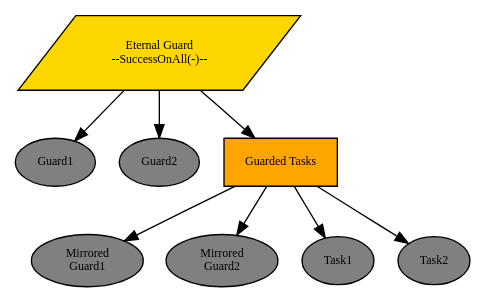
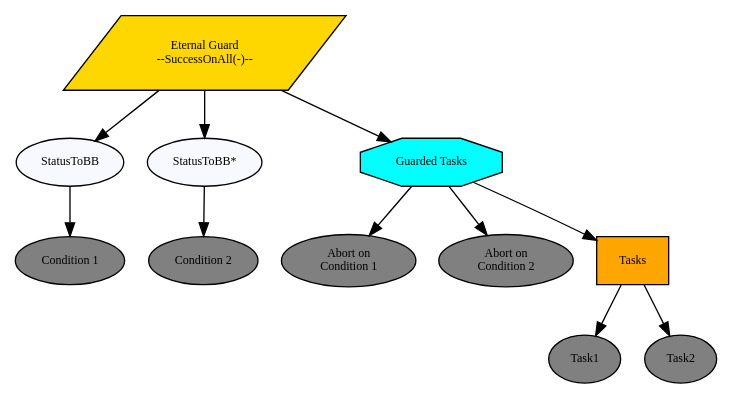
The diagram in doc/dot/idiom-eternal-guard.dot (splintered-reality/py_trees), drawn with Graphviz before and after one commit. The commit also changed 6 other files, not shown here.

Commit message:
[idioms] finalised the eternal guard idiom

```diff
--- a/doc/dot/idiom-eternal-guard.dot
+++ b/doc/dot/idiom-eternal-guard.dot
@@ -1,20 +1,26 @@
 digraph pastafarianism {
 graph [fontname="times-roman"];
 node [fontname="times-roman"];
 edge [fontname="times-roman"];
 "Eternal Guard" [fillcolor=gold, fontcolor=black, fontsize=9, label="Eternal Guard\n--SuccessOnAll(-)--", shape=parallelogram, style=filled];
-Guard1 [fillcolor=gray, fontcolor=black, fontsize=9, label=Guard1, shape=ellipse, style=filled];
-"Eternal Guard" -> Guard1;
-Guard2 [fillcolor=gray, fontcolor=black, fontsize=9, label=Guard2, shape=ellipse, style=filled];
-"Eternal Guard" -> Guard2;
-"Guarded Tasks" [fillcolor=orange, fontcolor=black, fontsize=9, label="Guarded Tasks", shape=box, style=filled];
+StatusToBB [fillcolor=ghostwhite, fontcolor=black, fontsize=9, label=StatusToBB, shape=ellipse, style=filled];
+"Eternal Guard" -> StatusToBB;
+"Condition 1" [fillcolor=gray, fontcolor=black, fontsize=9, label="Condition 1", shape=ellipse, style=filled];
+StatusToBB -> "Condition 1";
+"StatusToBB*" [fillcolor=ghostwhite, fontcolor=black, fontsize=9, label="StatusToBB*", shape=ellipse, style=filled];
+"Eternal Guard" -> "StatusToBB*";
+"Condition 2" [fillcolor=gray, fontcolor=black, fontsize=9, label="Condition 2", shape=ellipse, style=filled];
+"StatusToBB*" -> "Condition 2";
+"Guarded Tasks" [fillcolor=cyan, fontcolor=black, fontsize=9, label="Guarded Tasks", shape=octagon, style=filled];
 "Eternal Guard" -> "Guarded Tasks";
-"Mirrored\nGuard1" [fillcolor=gray, fontcolor=black, fontsize=9, label="Mirrored\nGuard1", shape=ellipse, style=filled];
-"Guarded Tasks" -> "Mirrored\nGuard1";
-"Mirrored\nGuard2" [fillcolor=gray, fontcolor=black, fontsize=9, label="Mirrored\nGuard2", shape=ellipse, style=filled];
-"Guarded Tasks" -> "Mirrored\nGuard2";
+"Abort on\nCondition 1" [fillcolor=gray, fontcolor=black, fontsize=9, label="Abort on\nCondition 1", shape=ellipse, style=filled];
+"Guarded Tasks" -> "Abort on\nCondition 1";
+"Abort on\nCondition 2" [fillcolor=gray, fontcolor=black, fontsize=9, label="Abort on\nCondition 2", shape=ellipse, style=filled];
+"Guarded Tasks" -> "Abort on\nCondition 2";
+Tasks [fillcolor=orange, fontcolor=black, fontsize=9, label=Tasks, shape=box, style=filled];
+"Guarded Tasks" -> Tasks;
 Task1 [fillcolor=gray, fontcolor=black, fontsize=9, label=Task1, shape=ellipse, style=filled];
-"Guarded Tasks" -> Task1;
+Tasks -> Task1;
 Task2 [fillcolor=gray, fontcolor=black, fontsize=9, label=Task2, shape=ellipse, style=filled];
-"Guarded Tasks" -> Task2;
+Tasks -> Task2;
 }
```
